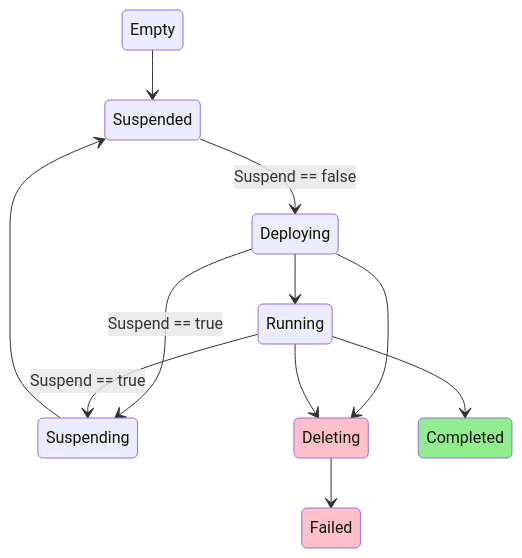
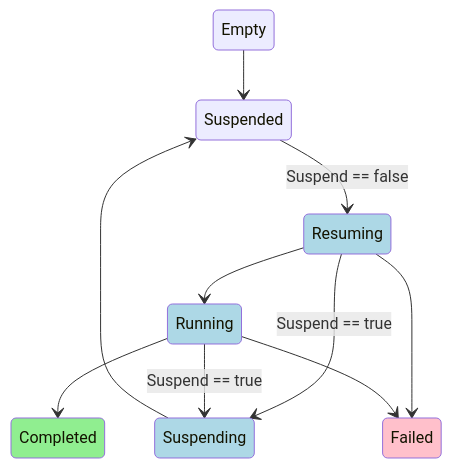
The diagram in docs/state-diagram.md (project-codeflare/appwrapper), drawn with Mermaid before and after one commit. The commit also changed other lines of this file and 3 other files, not shown here.

````diff
--- a/docs/state-diagram.md
+++ b/docs/state-diagram.md
@@ -4,36 +16,37 @@
 ```mermaid
 stateDiagram-v2
     e : Empty
 
     sd : Suspended
-    dp : Deploying
-    r: Running
-    sg: Suspending
-    dl: Deleting
-    c: Completed
-    f: Failed
+    rs : Resuming
+    rn : Running
+    sg : Suspending
+    c  : Completed
+    f  : Failed
 
     %% Happy Path
     e --> sd
-    sd --> dp : Suspend == false
-    dp --> r
-    r --> c
+    sd --> rs : Suspend == false
+    rs --> rn
+    rn --> c
 
     %% Requeuing
-    dp --> sg : Suspend == true
-    r --> sg : Suspend == true
+    rs --> sg : Suspend == true
+    rn --> sg : Suspend == true
     sg --> sd
 
     %% Failures
-    dp --> dl
-    r --> dl
-    dl --> f
+    rs --> f
+    rn --> f
 
+    classDef quota fill:lightblue
+    class rs quota
+    class rn quota
+    class sg quota
 
     classDef failed fill:pink
-    class dl failed
     class f failed
 
     classDef succeeded fill:lightgreen
     class c succeeded
 ```
````
